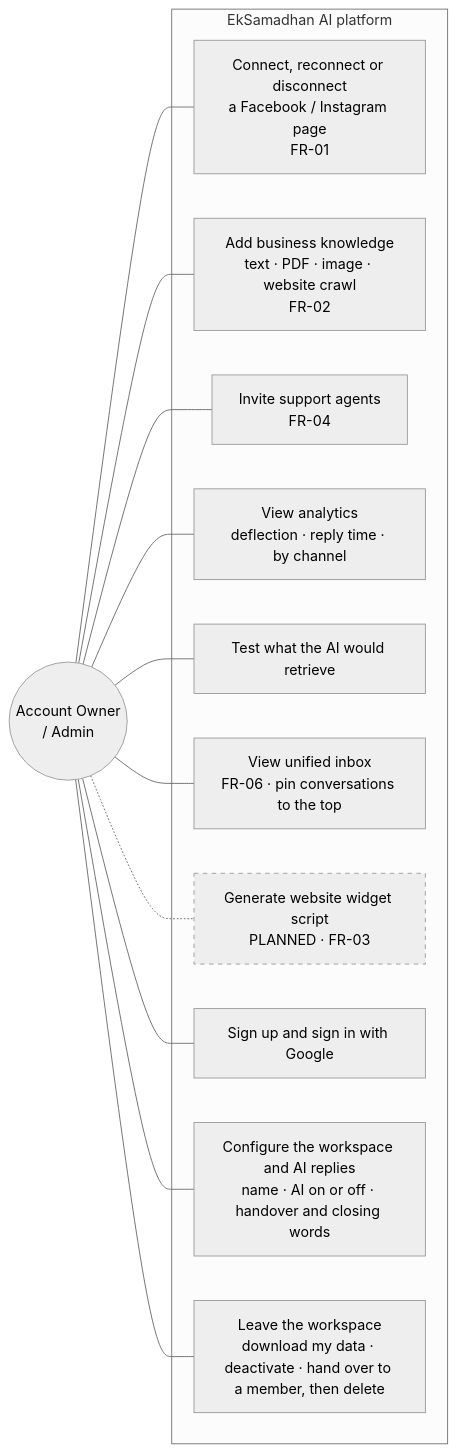
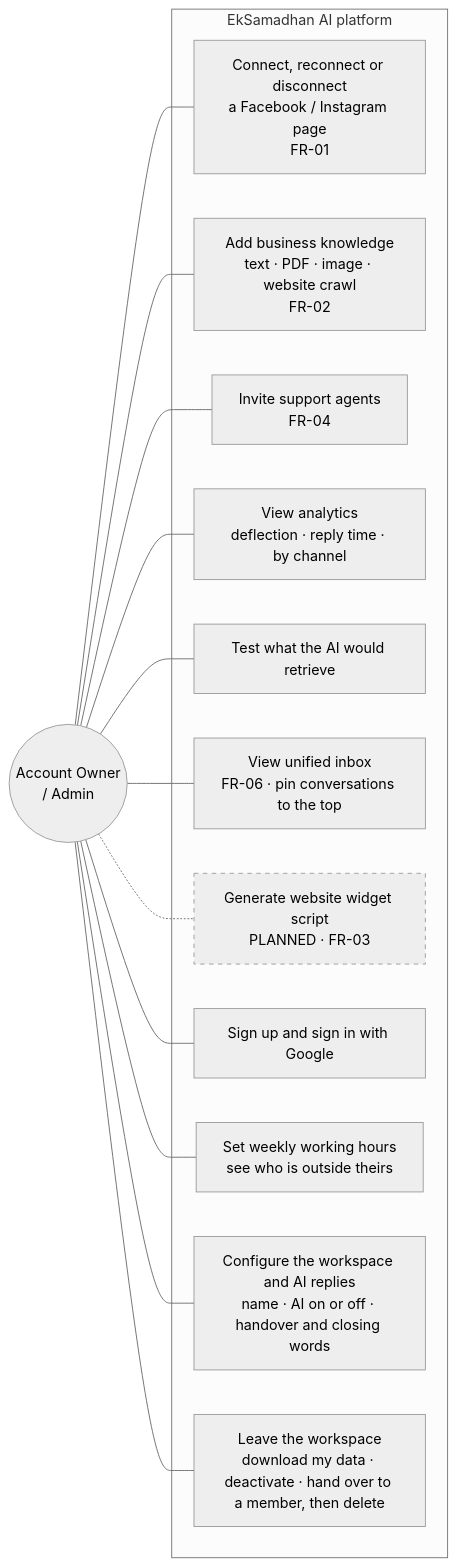
One commit to SayubShakya/eksamadhan-ai changed the first of 5 diagrams in docs/system-design/new-system-design/use-case/README.md. Above: the diagram before and after it, drawn with Mermaid (neutral theme). The commit also changed other lines of this file and 55 other files, not shown here.

````diff
--- a/docs/system-design/new-system-design/use-case/README.md
+++ b/docs/system-design/new-system-design/use-case/README.md
@@ -21,27 +21,29 @@
 ```mermaid
 flowchart LR
     owner(("Account Owner<br/>/ Admin"))
     subgraph s1["EkSamadhan AI platform"]
         a1["Connect, reconnect or disconnect<br/>a Facebook / Instagram page<br/>FR-01"]
         a2["Add business knowledge<br/>text · PDF · image · website crawl<br/>FR-02"]
         a3["Invite support agents<br/>FR-04"]
         a4["View analytics<br/>deflection · reply time · by channel"]
         a5["Test what the AI would retrieve"]
         a6["View unified inbox<br/>FR-06 · pin conversations to the top"]
         a7["Generate website widget script<br/>PLANNED · FR-03"]
         a8["Sign up and sign in with Google"]
+        a11["Set weekly working hours<br/>see who is outside theirs"]
         a9["Configure the workspace and AI replies<br/>name · AI on or off · handover and closing words"]
         a10["Leave the workspace<br/>download my data · deactivate · hand over to a member, then delete"]
     end
     owner --- a1
     owner --- a2
     owner --- a3
     owner --- a4
     owner --- a5
     owner --- a6
     owner --- a8
     owner --- a9
+    owner --- a11
     owner --- a10
     owner -.- a7
     style a7 stroke-dasharray: 5 5
 ```
````
